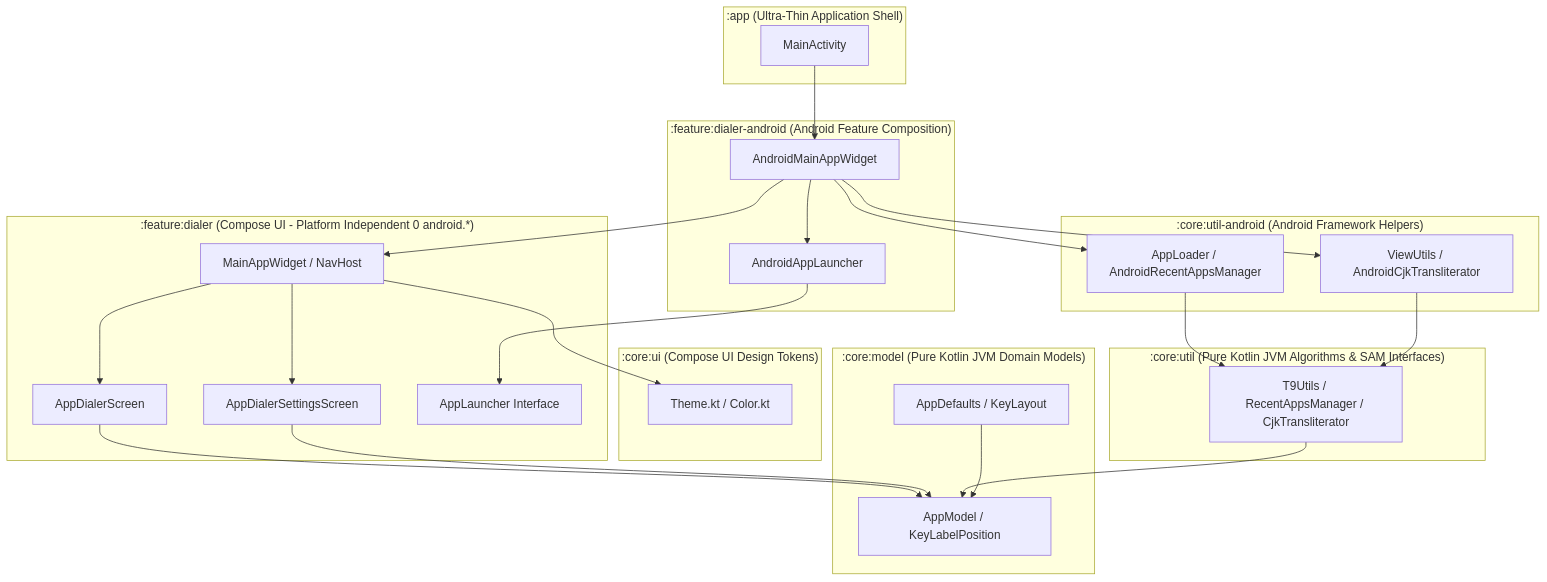
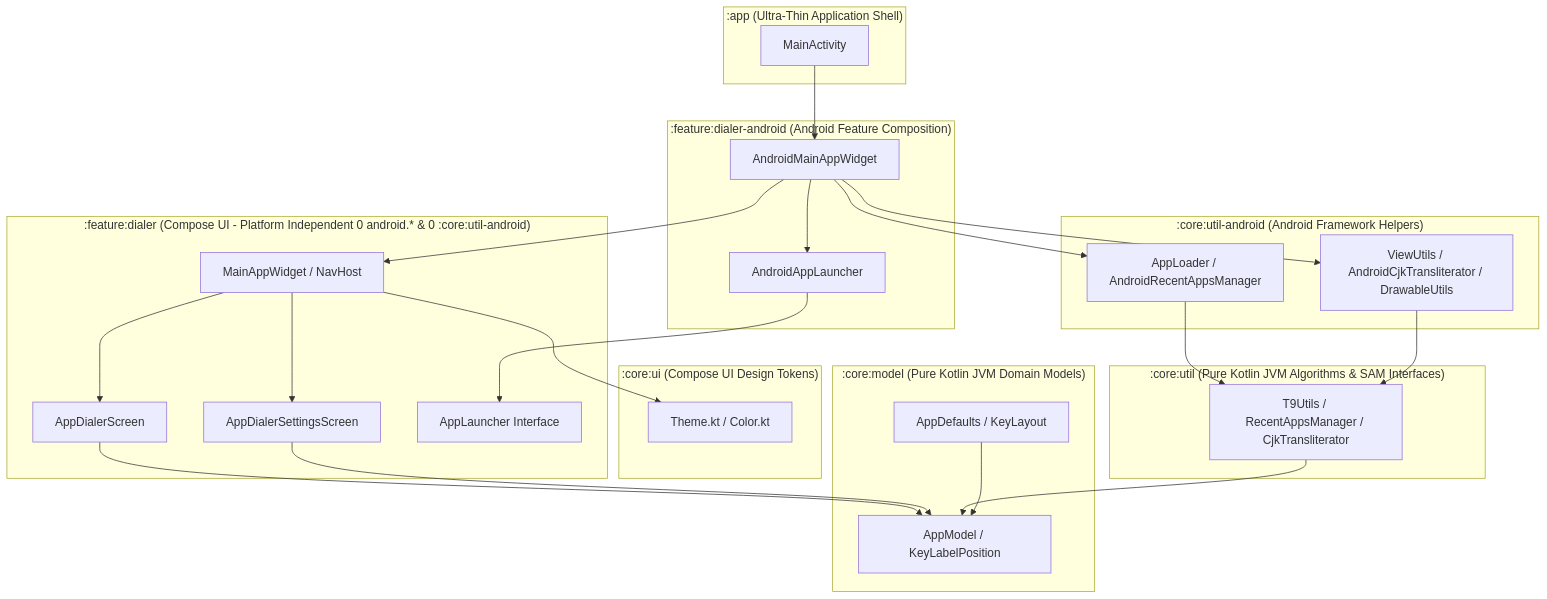
Before and after one commit to yongjhih/app-dialer-app: the diagram in ARCHITECTURE.md, drawn with Mermaid. The commit also changed other lines of this file, not shown here.

Commit message:
docs: Update ARCHITECTURE.md with RecentAppsManager DI, ImageBitmap pre-conversion, and zero :core:util-android dependency rules

````diff
--- a/ARCHITECTURE.md
+++ b/ARCHITECTURE.md
@@ -15,52 +15,52 @@
 ```mermaid
 graph TD
     subgraph ":app (Ultra-Thin Application Shell)"
         A[MainActivity]
     end
 
     subgraph ":feature:dialer-android (Android Feature Composition)"
         B[AndroidMainAppWidget]
         C[AndroidAppLauncher]
     end
 
-    subgraph ":feature:dialer (Compose UI - Platform Independent 0 android.*)"
+    subgraph ":feature:dialer (Compose UI - Platform Independent 0 android.* & 0 :core:util-android)"
         D[MainAppWidget / NavHost]
         E[AppDialerScreen]
         F[AppDialerSettingsScreen]
         G[AppLauncher Interface]
     end
 
     subgraph ":core:ui (Compose UI Design Tokens)"
         H[Theme.kt / Color.kt]
     end
 
     subgraph ":core:util-android (Android Framework Helpers)"
         I[AppLoader / AndroidRecentAppsManager]
-        J[ViewUtils / AndroidCjkTransliterator]
+        J[ViewUtils / AndroidCjkTransliterator / DrawableUtils]
     end
 
     subgraph ":core:util (Pure Kotlin JVM Algorithms & SAM Interfaces)"
         K[T9Utils / RecentAppsManager / CjkTransliterator]
     end
 
     subgraph ":core:model (Pure Kotlin JVM Domain Models)"
         L[AppModel / KeyLabelPosition]
         M[AppDefaults / KeyLayout]
     end
 
     A --> B
     B --> C
     B --> D
     C --> G
     D --> E
     D --> F
     D --> H
     B --> I
     B --> J
     E --> L
     F --> L
     I --> K
     J --> K
     K --> L
     M --> L
 ```
````
